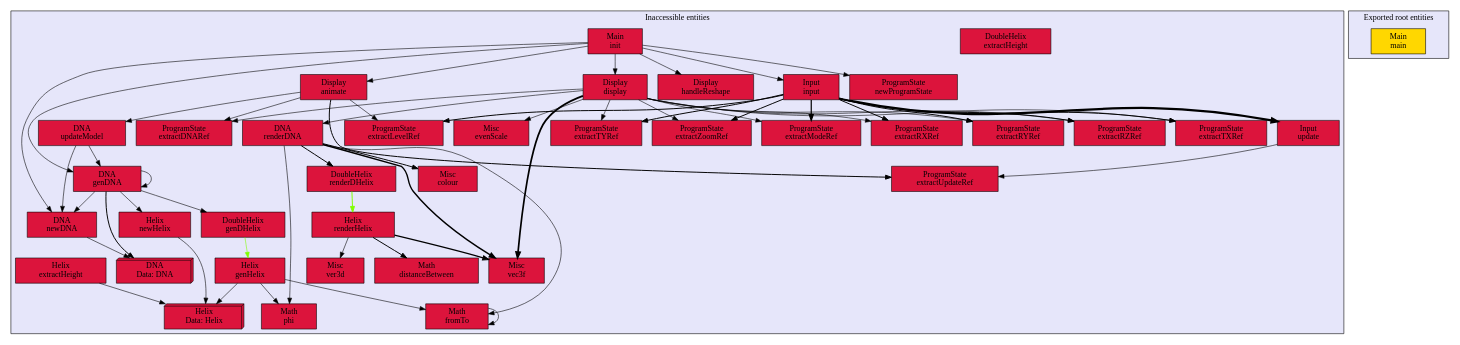
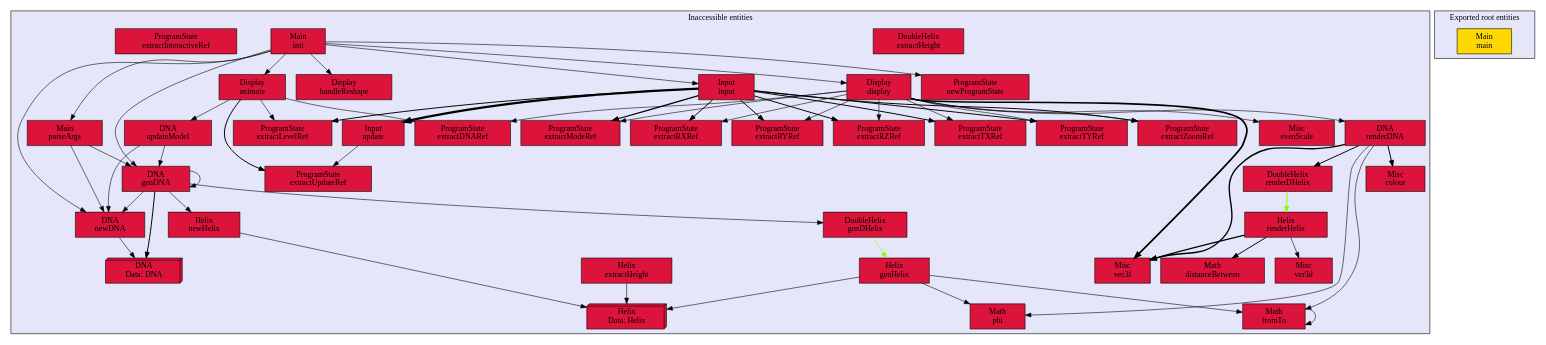
Before and after one commit to SamLex/TheCodeOfLife: the diagram in SourceGraph/graphs/code_levels.dot, drawn with Graphviz. The commit also changed 28 other files, not shown here.

```diff
--- a/SourceGraph/graphs/code_levels.dot
+++ b/SourceGraph/graphs/code_levels.dot
@@ -81,75 +81,83 @@
            ,shape=box
            ,fillcolor=crimson
            ,style="filled,solid"];
-        21 [label="Math\ndistanceBetween"
+        21 [label="Main\nparseArgs"
            ,shape=box
            ,fillcolor=crimson
            ,style="filled,solid"];
-        22 [label="Math\nfromTo"
+        22 [label="Math\ndistanceBetween"
            ,shape=box
            ,fillcolor=crimson
            ,style="filled,solid"];
-        23 [label="Math\nphi"
+        23 [label="Math\nfromTo"
            ,shape=box
            ,fillcolor=crimson
            ,style="filled,solid"];
-        24 [label="Misc\ncolour"
+        24 [label="Math\nphi"
            ,shape=box
            ,fillcolor=crimson
            ,style="filled,solid"];
-        25 [label="Misc\nevenScale"
+        25 [label="Misc\ncolour"
            ,shape=box
            ,fillcolor=crimson
            ,style="filled,solid"];
-        26 [label="Misc\nvec3f"
+        26 [label="Misc\nevenScale"
            ,shape=box
            ,fillcolor=crimson
            ,style="filled,solid"];
-        27 [label="Misc\nver3d"
+        27 [label="Misc\nvec3f"
            ,shape=box
            ,fillcolor=crimson
            ,style="filled,solid"];
-        28 [label="ProgramState\nextractDNARef"
+        28 [label="Misc\nver3d"
            ,shape=box
            ,fillcolor=crimson
            ,style="filled,solid"];
-        29 [label="ProgramState\nextractLevelRef"
+        29 [label="ProgramState\nextractDNARef"
            ,shape=box
            ,fillcolor=crimson
            ,style="filled,solid"];
-        30 [label="ProgramState\nextractModeRef"
+        30 [label="ProgramState\nextractInteractiveRef"
            ,shape=box
            ,fillcolor=crimson
            ,style="filled,solid"];
-        31 [label="ProgramState\nextractRXRef"
+        31 [label="ProgramState\nextractLevelRef"
            ,shape=box
            ,fillcolor=crimson
            ,style="filled,solid"];
-        32 [label="ProgramState\nextractRYRef"
+        32 [label="ProgramState\nextractModeRef"
            ,shape=box
            ,fillcolor=crimson
            ,style="filled,solid"];
-        33 [label="ProgramState\nextractRZRef"
+        33 [label="ProgramState\nextractRXRef"
            ,shape=box
            ,fillcolor=crimson
            ,style="filled,solid"];
-        34 [label="ProgramState\nextractTXRef"
+        34 [label="ProgramState\nextractRYRef"
            ,shape=box
            ,fillcolor=crimson
            ,style="filled,solid"];
-        35 [label="ProgramState\nextractTYRef"
+        35 [label="ProgramState\nextractRZRef"
            ,shape=box
            ,fillcolor=crimson
            ,style="filled,solid"];
-        36 [label="ProgramState\nextractUpdateRef"
+        36 [label="ProgramState\nextractTXRef"
            ,shape=box
            ,fillcolor=crimson
            ,style="filled,solid"];
-        37 [label="ProgramState\nextractZoomRef"
+        37 [label="ProgramState\nextractTYRef"
            ,shape=box
            ,fillcolor=crimson
            ,style="filled,solid"];
-        38 [label="ProgramState\nnewProgramState"
+        38 [label="ProgramState\nextractUpdateRef"
+           ,shape=box
+           ,fillcolor=crimson
+           ,style="filled,solid"];
+        39 [label="ProgramState\nextractZoomRef"
+           ,shape=box
+           ,fillcolor=crimson
+           ,style="filled,solid"];
+        40 [label="ProgramState\nnewProgramState"
            ,shape=box
            ,fillcolor=crimson
            ,style="filled,solid"];
@@ -174,33 +182,29 @@
     3 -> 1 [penwidth=1,color=black];
     4 -> 11 [penwidth=1.6931471805599454
             ,color=black];
-    4 -> 22 [penwidth=1
-            ,color=black];
     4 -> 23 [penwidth=1
             ,color=black];
-    4 -> 24 [penwidth=1.6931471805599454
+    4 -> 24 [penwidth=1
             ,color=black];
-    4 -> 26 [penwidth=2.386294361119891
+    4 -> 25 [penwidth=1.6931471805599454
+            ,color=black];
+    4 -> 27 [penwidth=2.386294361119891
             ,color=black];
     5 -> 2 [penwidth=1,color=black];
     5 -> 3 [penwidth=1,color=black];
     6 -> 5 [penwidth=1,color=black];
-    6 -> 28 [penwidth=1
-            ,color=black];
     6 -> 29 [penwidth=1
             ,color=black];
-    6 -> 36 [penwidth=1.6931471805599454
+    6 -> 31 [penwidth=1
+            ,color=black];
+    6 -> 38 [penwidth=1.6931471805599454
             ,color=black];
     7 -> 4 [penwidth=1,color=black];
-    7 -> 25 [penwidth=1
+    7 -> 26 [penwidth=1
             ,color=black];
-    7 -> 26 [penwidth=2.9459101490553135
+    7 -> 27 [penwidth=2.9459101490553135
             ,color=black];
-    7 -> 28 [penwidth=1
-            ,color=black];
-    7 -> 30 [penwidth=1
-            ,color=black];
-    7 -> 31 [penwidth=1
+    7 -> 29 [penwidth=1
             ,color=black];
     7 -> 32 [penwidth=1
             ,color=black];
@@ -210,7 +214,11 @@
             ,color=black];
     7 -> 35 [penwidth=1
             ,color=black];
+    7 -> 36 [penwidth=1
+            ,color=black];
     7 -> 37 [penwidth=1
+            ,color=black];
+    7 -> 39 [penwidth=1
             ,color=black];
     10 -> 14 [penwidth=1
              ,color=chartreuse];
@@ -220,27 +228,23 @@
              ,color=black];
     14 -> 12 [penwidth=1
              ,color=black];
-    14 -> 22 [penwidth=1
+    14 -> 23 [penwidth=1
              ,color=black];
-    14 -> 23 [penwidth=1
+    14 -> 24 [penwidth=1
              ,color=black];
     15 -> 12 [penwidth=1
              ,color=black];
-    16 -> 21 [penwidth=1.6931471805599454
+    16 -> 22 [penwidth=1.6931471805599454
              ,color=black];
-    16 -> 26 [penwidth=2.09861228866811
+    16 -> 27 [penwidth=2.09861228866811
              ,color=black];
-    16 -> 27 [penwidth=1
+    16 -> 28 [penwidth=1
              ,color=black];
     17 -> 18 [penwidth=3.833213344056216
              ,color=black];
-    17 -> 29 [penwidth=1.6931471805599454
-             ,color=black];
-    17 -> 30 [penwidth=2.09861228866811
-             ,color=black];
     17 -> 31 [penwidth=1.6931471805599454
              ,color=black];
-    17 -> 32 [penwidth=1.6931471805599454
+    17 -> 32 [penwidth=2.09861228866811
              ,color=black];
     17 -> 33 [penwidth=1.6931471805599454
              ,color=black];
@@ -248,9 +252,13 @@
              ,color=black];
     17 -> 35 [penwidth=1.6931471805599454
              ,color=black];
+    17 -> 36 [penwidth=1.6931471805599454
+             ,color=black];
     17 -> 37 [penwidth=1.6931471805599454
              ,color=black];
-    18 -> 36 [penwidth=1
+    17 -> 39 [penwidth=1.6931471805599454
+             ,color=black];
+    18 -> 38 [penwidth=1
              ,color=black];
     19 -> 2 [penwidth=1
             ,color=black];
@@ -264,8 +272,14 @@
             ,color=black];
     19 -> 17 [penwidth=1
              ,color=black];
-    19 -> 38 [penwidth=1
+    19 -> 21 [penwidth=1
              ,color=black];
-    22 -> 22 [penwidth=1
+    19 -> 40 [penwidth=1
+             ,color=black];
+    21 -> 2 [penwidth=1
+            ,color=black];
+    21 -> 3 [penwidth=1
+            ,color=black];
+    23 -> 23 [penwidth=1
              ,color=black];
 }
```
